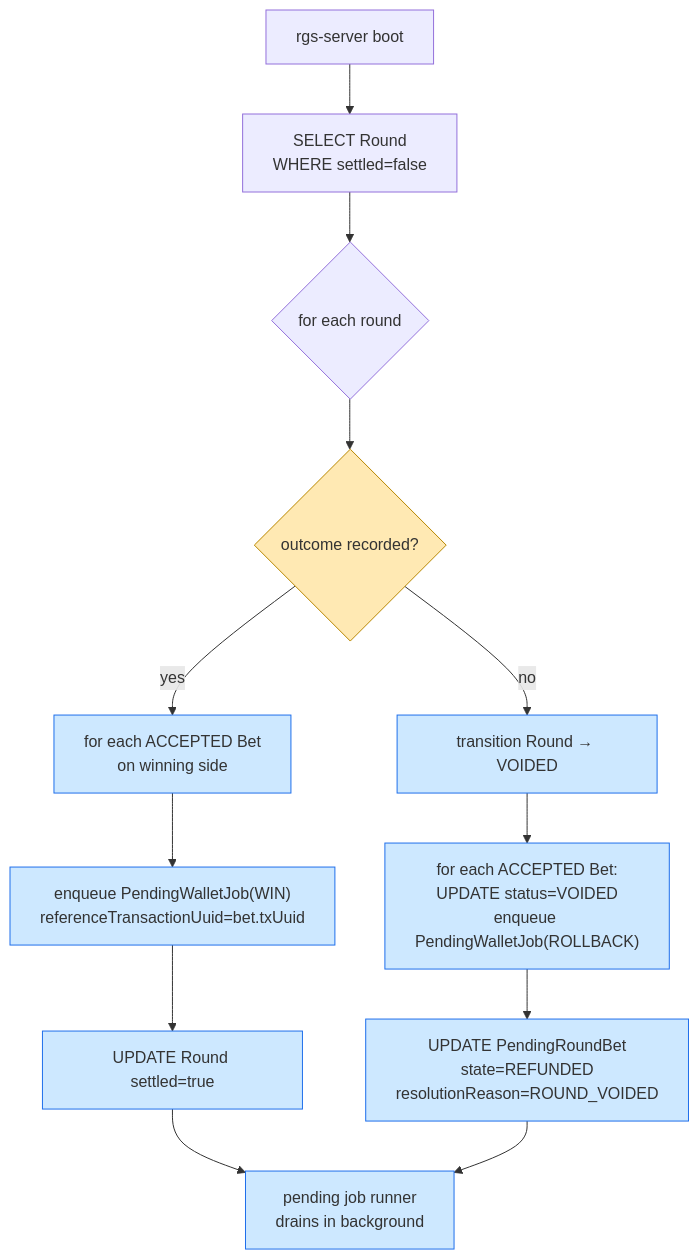
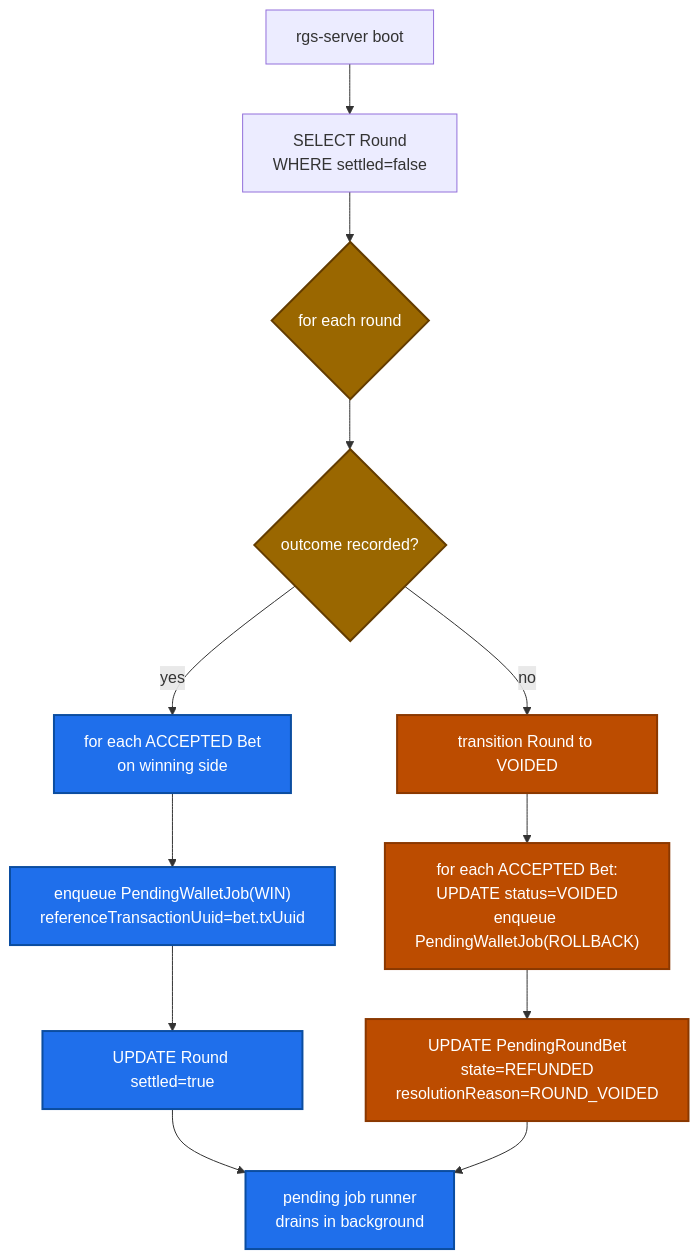
One commit to dinethlive/yantra-gaming changed the sixth of 9 diagrams in docs/architecture.md. Above: the diagram before and after it, drawn with Mermaid. The commit also changed other lines of this file, not shown here.

First line of the commit message:
docs(architecture): fix mermaid rendering and color contrast

````diff
--- a/docs/architecture.md
+++ b/docs/architecture.md
@@ -265,19 +222,21 @@
 ```mermaid
 flowchart TD
     start["rgs-server boot"] --> scan["SELECT Round<br/>WHERE settled=false"]
     scan --> iter{"for each round"}
     iter --> outcome{"outcome recorded?"}
     outcome -- "yes" --> winners["for each ACCEPTED Bet<br/>on winning side"]
     winners --> enqueuewin["enqueue PendingWalletJob(WIN)<br/>referenceTransactionUuid=bet.txUuid"]
     enqueuewin --> markR["UPDATE Round settled=true"]
-    outcome -- "no" --> void["transition Round → VOIDED"]
+    outcome -- "no" --> void["transition Round to VOIDED"]
     void --> rollbet["for each ACCEPTED Bet:<br/>UPDATE status=VOIDED<br/>enqueue PendingWalletJob(ROLLBACK)"]
     rollbet --> markV["UPDATE PendingRoundBet<br/>state=REFUNDED<br/>resolutionReason=ROUND_VOIDED"]
     markR --> done["pending job runner<br/>drains in background"]
     markV --> done
 
-    classDef decide fill:#ffe9b3,stroke:#b88700;
-    classDef act fill:#cde8ff,stroke:#1f6feb;
-    class outcome decide;
-    class winners,enqueuewin,void,rollbet,markR,markV,done act;
+    classDef decide fill:#9a6700,stroke:#633c01,stroke-width:2px,color:#fff;
+    classDef act fill:#1f6feb,stroke:#0b4da0,stroke-width:2px,color:#fff;
+    classDef warn fill:#bc4c00,stroke:#8a3800,stroke-width:2px,color:#fff;
+    class iter,outcome decide;
+    class winners,enqueuewin,markR,done act;
+    class void,rollbet,markV warn;
 ```
````
